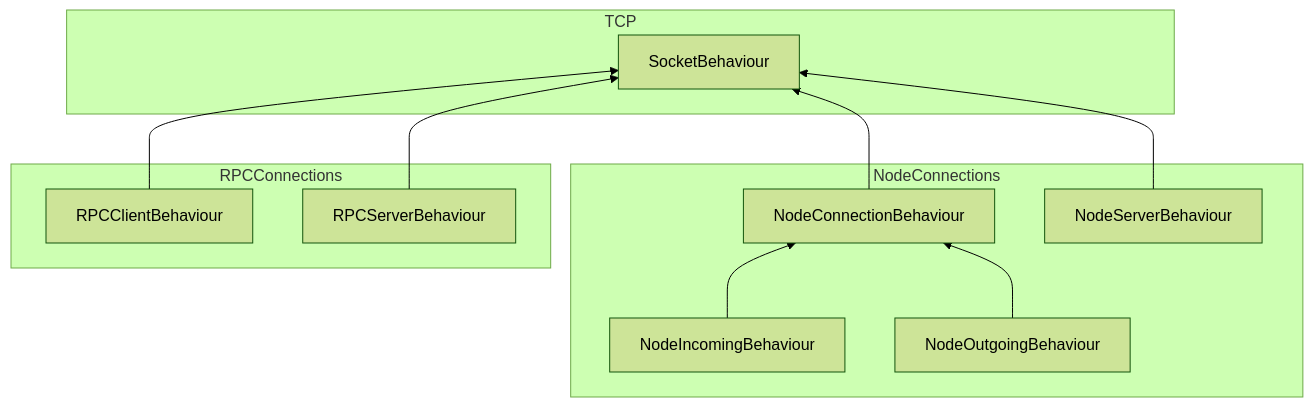
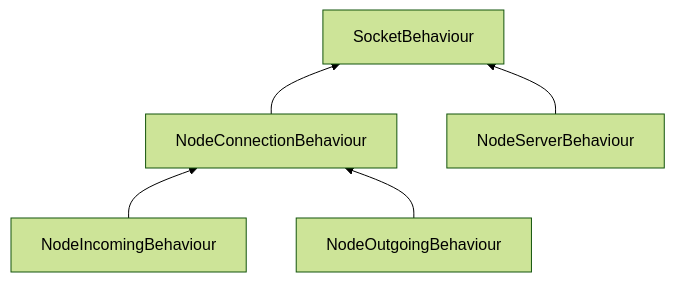
One commit to microsoft/CCF changed the first of 3 diagrams in doc/architecture/tcp_internals.rst. Above: the diagram before and after it, drawn with Mermaid (forest theme). The commit also changed other lines of this file and 8 other files, not shown here.

```diff
--- a/doc/architecture/tcp_internals.rst
+++ b/doc/architecture/tcp_internals.rst
@@ -37,25 +25,7 @@
 .. mermaid::
 
-  graph BT
-      subgraph TCP
-          SocketBehaviour
-      end
-
-      subgraph RPCConnections
-          RPCClientBehaviour
-          RPCServerBehaviour
-      end
-
-      subgraph NodeConnections
-          NodeConnectionBehaviour
-          NodeIncomingBehaviour
-          NodeOutgoingBehaviour
-          NodeServerBehaviour
-      end
-
-          RPCClientBehaviour --> SocketBehaviour
-          RPCServerBehaviour --> SocketBehaviour
-          NodeConnectionBehaviour --> SocketBehaviour
-          NodeIncomingBehaviour --> NodeConnectionBehaviour
-          NodeOutgoingBehaviour --> NodeConnectionBehaviour
-          NodeServerBehaviour --> SocketBehaviour
+    graph BT
+        NodeConnectionBehaviour --> SocketBehaviour
+        NodeIncomingBehaviour --> NodeConnectionBehaviour
+        NodeOutgoingBehaviour --> NodeConnectionBehaviour
+        NodeServerBehaviour --> SocketBehaviour
```
